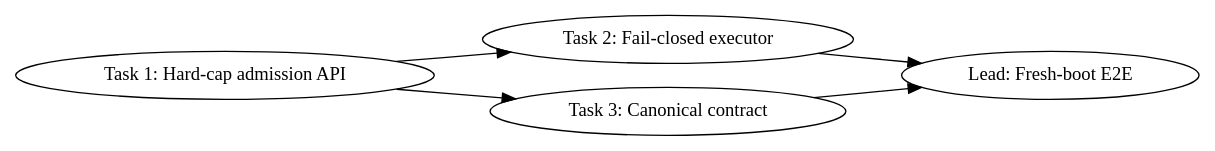
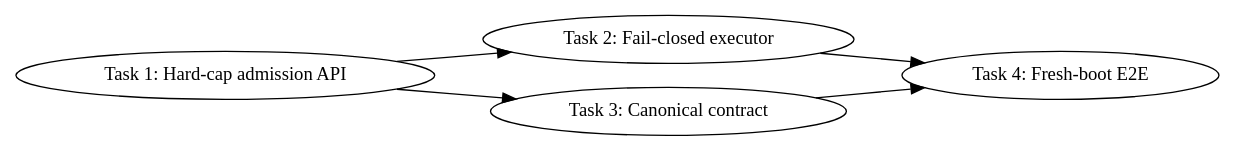
The diagram in docs/plans/2026-07-09-sycl-pp-moe-scratch-hard-cap.md (kainlan/llama.cpp-intel-optimizations), drawn with Graphviz before and after one commit. The commit also changed other lines of this file, not shown here.

Commit message:
docs: add SYCL scratch-cap task breakdown

````diff
--- a/docs/plans/2026-07-09-sycl-pp-moe-scratch-hard-cap.md
+++ b/docs/plans/2026-07-09-sycl-pp-moe-scratch-hard-cap.md
@@ -64,13 +64,13 @@
 ```dot
 digraph dependencies {
     rankdir=LR;
     1 [label="Task 1: Hard-cap admission API"];
     2 [label="Task 2: Fail-closed executor"];
     3 [label="Task 3: Canonical contract"];
-    E2E [label="Lead: Fresh-boot E2E"];
+    4 [label="Task 4: Fresh-boot E2E"];
     1 -> 2;
     1 -> 3;
-    2 -> E2E;
-    3 -> E2E;
+    2 -> 4;
+    3 -> 4;
 }
 ```
````
